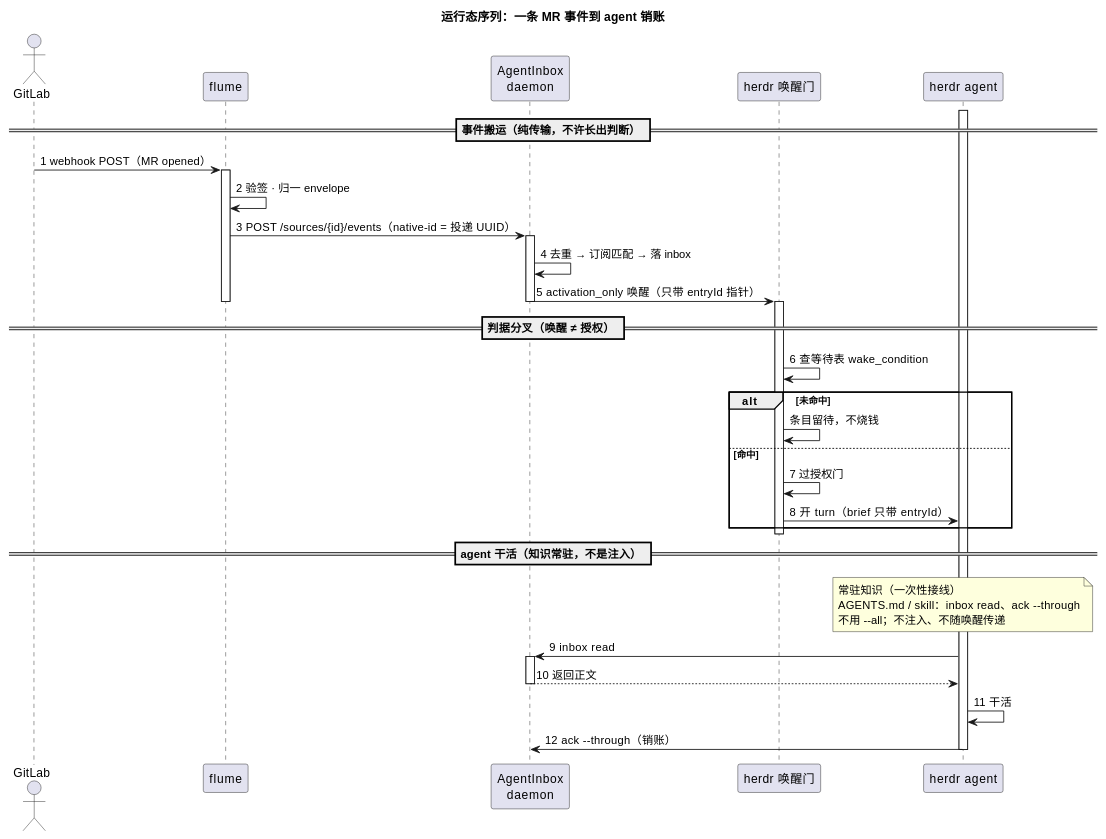
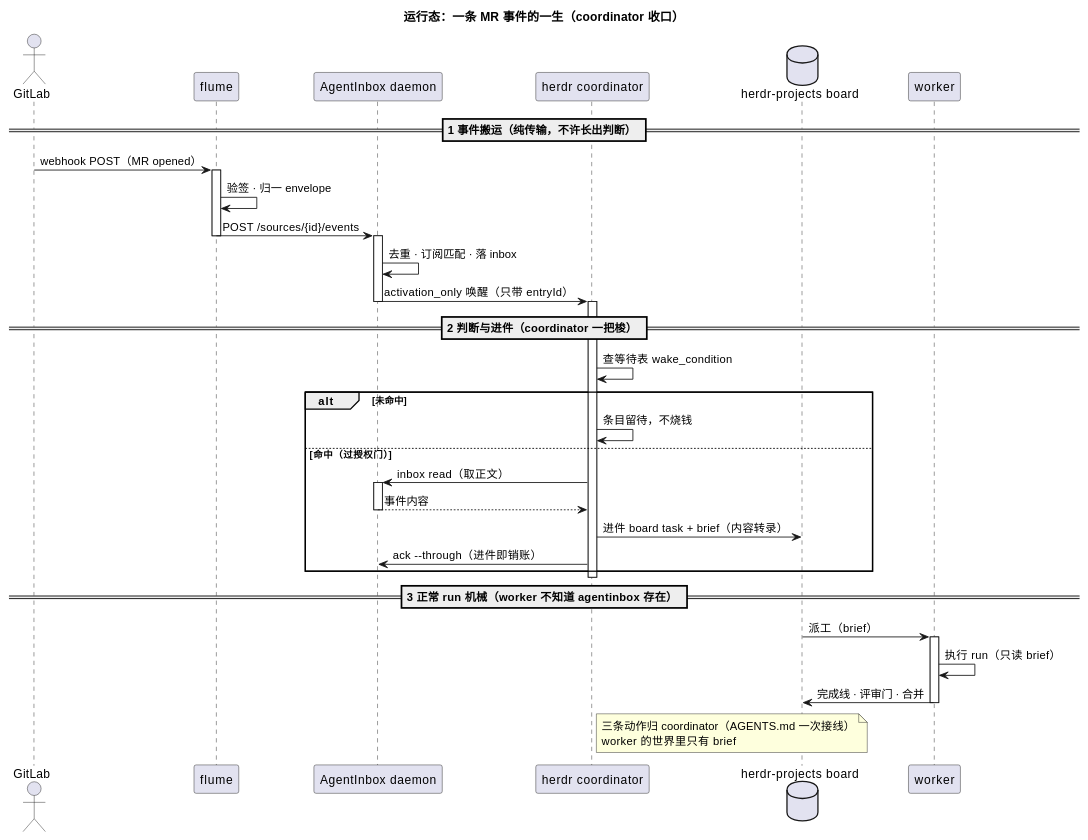
The diagram in README.md (iodone/flume), drawn with PlantUML before and after one commit. The commit also changed other lines of this file and 1 other file, not shown here.

Commit message:
docs: 改 coordinator 收口版——read/进件/ack 归判断位，worker 只见 brief
- README：进程模型表与流转图改 coordinator 收口；序列图重画三段（搬运/判断进件/run 机械）
- ARCHITECTURE §3/§4.5：read/进件/ack 三动作归 coordinator；补「inbox 只是入口，brief 才是记忆」
- 序列图补回 @enduml（上轮生成漏了），本地 plantuml 渲染验过 22KB SVG

````diff
--- a/README.md
+++ b/README.md
@@ -121,52 +122,54 @@
 ```plantuml
 @startuml
-title 运行态序列：一条 MR 事件到 agent 销账
+title 运行态：一条 MR 事件的一生（coordinator 收口）
 
-actor       "GitLab"             as GL
-participant "flume"              as FL
-participant "AgentInbox\ndaemon"  as AI
-participant "herdr 唤醒门"         as WG
-participant "herdr agent"        as AG
+actor       "GitLab"                as GL
+participant "flume"                 as FL
+participant "AgentInbox daemon"   as AI
+participant "herdr coordinator"   as CO
+database    "herdr-projects board" as BD
+participant "worker"                as WK
 
-== 事件搬运（纯传输，不许长出判断） ==
+== 1 事件搬运（纯传输，不许长出判断） ==
 
-GL -> FL : 1 webhook POST（MR opened）
+GL -> FL : webhook POST（MR opened）
 activate FL
-FL -> FL : 2 验签 · 归一 envelope
-FL -> AI : 3 POST /sources/{id}/events（native-id = 投递 UUID）
+FL -> FL : 验签 · 归一 envelope
+FL -> AI : POST /sources/{id}/events
+deactivate FL
 activate AI
-AI -> AI : 4 去重 → 订阅匹配 → 落 inbox
-AI -> WG : 5 activation_only 唤醒（只带 entryId 指针）
+AI -> AI : 去重 · 订阅匹配 · 落 inbox
+AI -> CO : activation_only 唤醒（只带 entryId）
 deactivate AI
-deactivate FL
 
-== 判据分叉（唤醒 ≠ 授权） ==
+== 2 判断与进件（coordinator 一把梭） ==
 
-activate WG
-WG -> WG : 6 查等待表 wake_condition
+activate CO
+CO -> CO : 查等待表 wake_condition
 alt 未命中
-    WG -> WG : 条目留待，不烧钱
-else 命中
-    WG -> WG : 7 过授权门
-    WG -> AG : 8 开 turn（brief 只带 entryId）
+  CO -> CO : 条目留待，不烧钱
+else 命中（过授权门）
+  CO -> AI : inbox read（取正文）
+  activate AI
+  AI --> CO : 事件内容
+  deactivate AI
+  CO -> BD : 进件 board task + brief（内容转录）
+  CO -> AI : ack --through（进件即销账）
 end
-deactivate WG
+deactivate CO
 
-== agent 干活（知识常驻，不是注入） ==
+== 3 正常 run 机械（worker 不知道 agentinbox 存在） ==
 
-activate AG
-note over AG
-  常驻知识（一次性接线）
-  AGENTS.md / skill：inbox read、ack --through
-  不用 --all；不注入、不随唤醒传递
+BD -> WK : 派工（brief）
+activate WK
+WK -> WK : 执行 run（只读 brief）
+WK -> BD : 完成线 · 评审门 · 合并
+deactivate WK
+
+note right of CO
+  三条动作归 coordinator（AGENTS.md 一次接线）
+  worker 的世界里只有 brief
 end note
-AG -> AI : 9 inbox read
-activate AI
-AI --> AG : 10 返回正文
-deactivate AI
-AG -> AG : 11 干活
-AG -> AI : 12 ack --through（销账）
-deactivate AG
 
 @enduml
 ```
````
